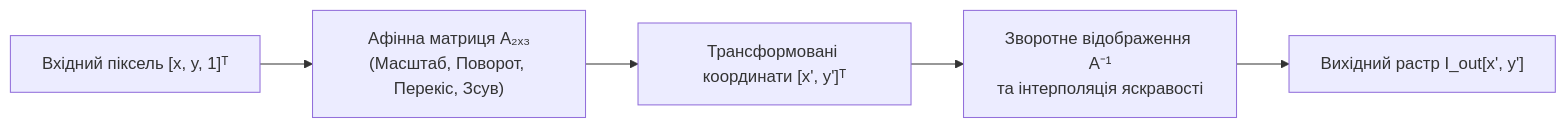
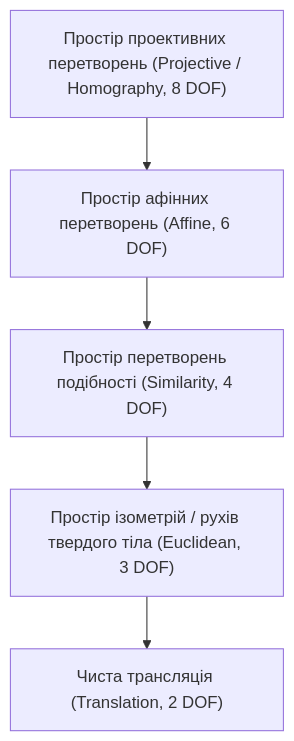
The first of 4 diagrams in docs/lk/lk8.md (KyryloVadurin/signal-image-processing), drawn with Mermaid before and after one commit. The commit also changed other lines of this file, not shown here.

````diff
--- a/docs/lk/lk8.md
+++ b/docs/lk/lk8.md
@@ -31,7 +58,7 @@
 ```mermaid
-flowchart LR
-    A["Вхідний піксель [x, y, 1]ᵀ"] --> B["Афінна матриця A₂ₓ₃<br>(Масштаб, Поворот, Перекіс, Зсув)"]
-    B --> C["Трансформовані координати [x', y']ᵀ"]
-    C --> D["Зворотне відображення A⁻¹<br>та інтерполяція яскравості"]
-    D --> E["Вихідний растр I_out[x', y']"]
+flowchart TD
+    A["Простір проективних перетворень (Projective / Homography, 8 DOF)"] --> B["Простір афінних перетворень (Affine, 6 DOF)"]
+    B --> C["Простір перетворень подібності (Similarity, 4 DOF)"]
+    C --> D["Простір ізометрій / рухів твердого тіла (Euclidean, 3 DOF)"]
+    D --> E["Чиста трансляція (Translation, 2 DOF)"]
 ```
````
